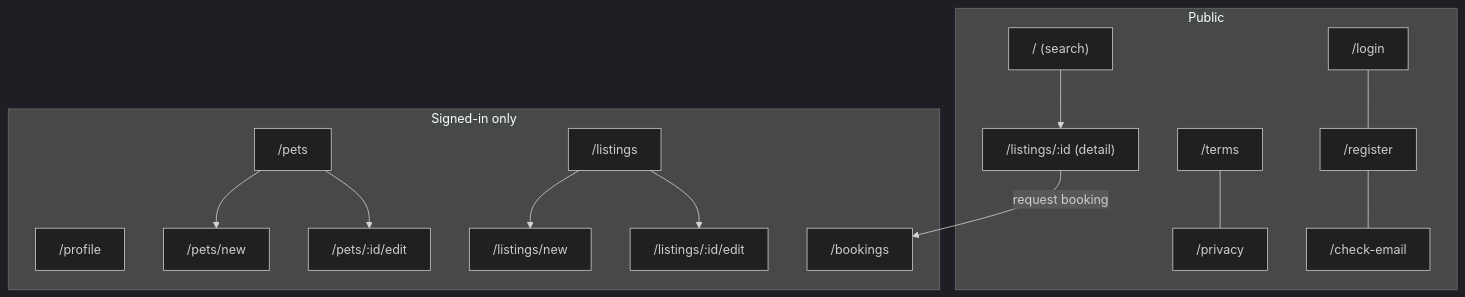
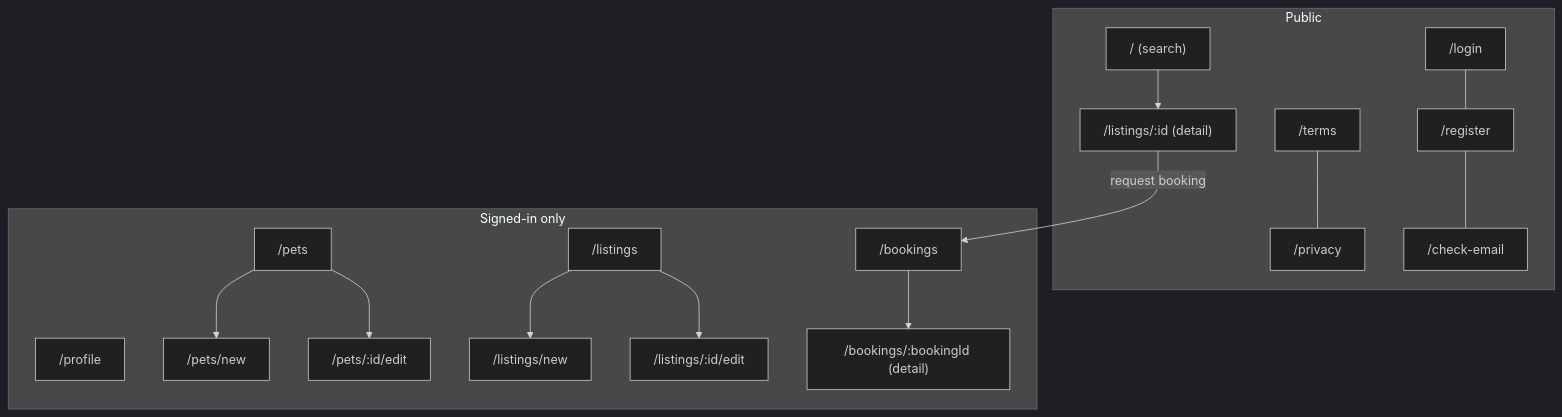
Diagram 14 of 14 in docs/design-document.md (ziannsnp/petswap), drawn with Mermaid (dark theme) before and after one commit. The commit also changed other lines of this file and 3 other files, not shown here.

First line of the commit message:
docs(course): add the UML API diagram, design quality, and black-box test plan

````diff
--- a/docs/design-document.md
+++ b/docs/design-document.md
@@ -434,17 +623,17 @@
 ```mermaid
 flowchart TD
     subgraph Public
         S["/ (search)"] --> D["/listings/:id (detail)"]
         T["/terms"] --- P["/privacy"]
         L["/login"] --- R["/register"] --- C["/check-email"]
     end
     subgraph Protected["Signed-in only"]
         PR["/profile"]
         PE["/pets"] --> PN["/pets/new"]
         PE --> PD["/pets/:id/edit"]
         LI["/listings"] --> LN["/listings/new"]
         LI --> LD["/listings/:id/edit"]
-        B["/bookings"]
+        B["/bookings"] --> BD["/bookings/:bookingId (detail)"]
     end
     D -->|request booking| B
 ```
````
